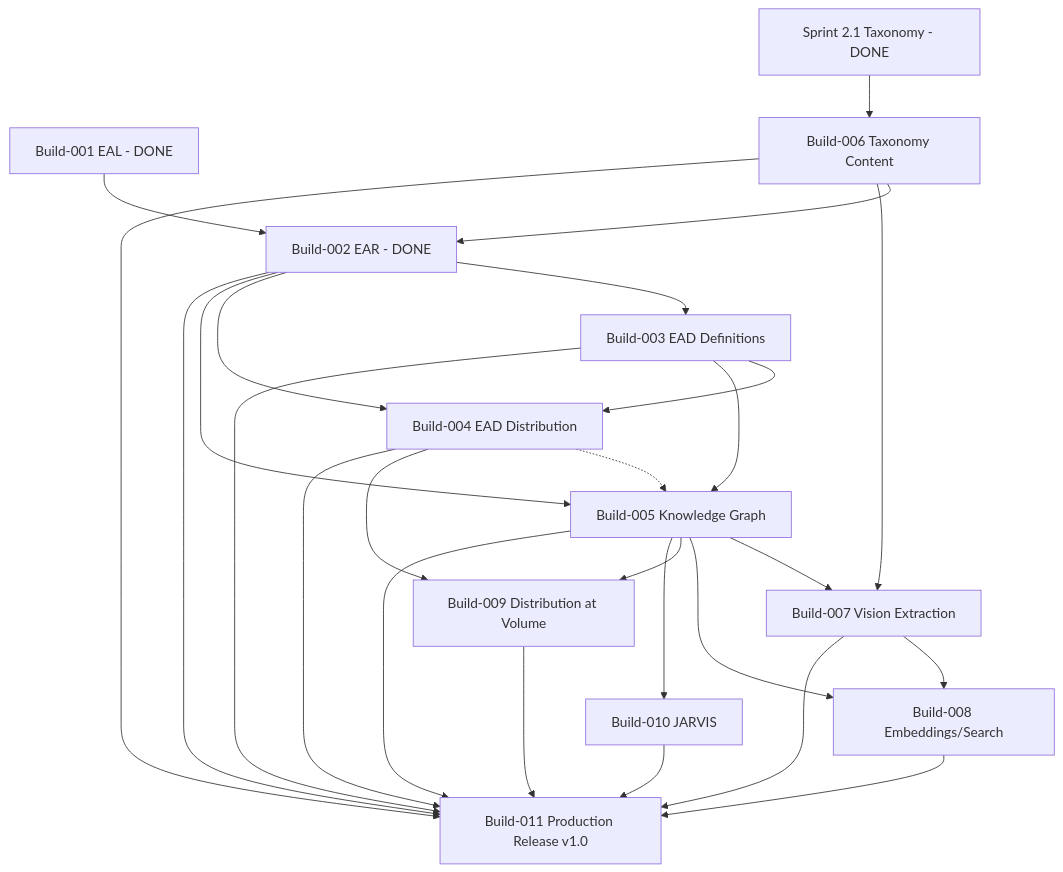
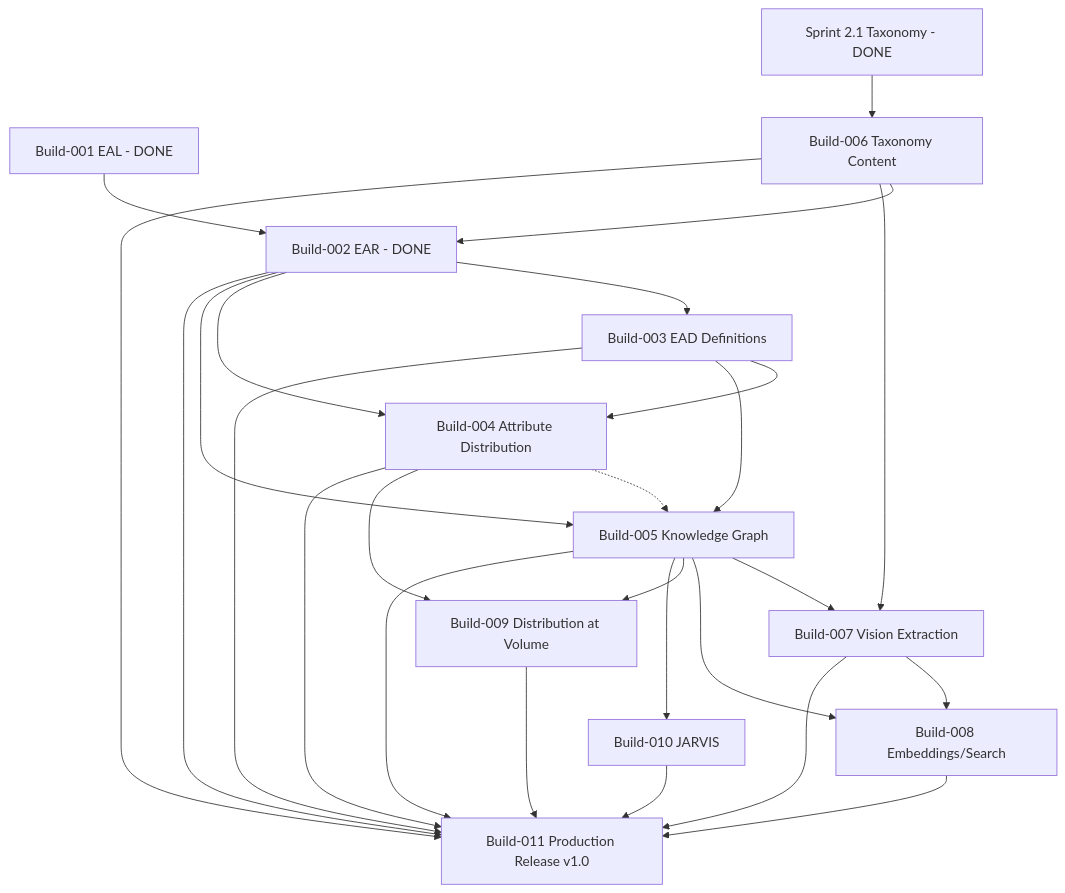
Before and after one commit to lexvoraconsulting-lab/The-Baking-Kaur: the second of 4 diagrams in docs/30_Enterprise_Program_Roadmap/Enterprise_Program_Roadmap_v1.md, drawn with Mermaid. The commit also changed other lines of this file and 6 other files, not shown here.

Commit message:
docs(convention): ADR-0006 Workstream ID convention, fix Build-004 EAD-label collision

````diff
--- a/docs/30_Enterprise_Program_Roadmap/Enterprise_Program_Roadmap_v1.md
+++ b/docs/30_Enterprise_Program_Roadmap/Enterprise_Program_Roadmap_v1.md
@@ -464,28 +464,28 @@
 ```mermaid
 graph TD
     B001[Build-001 EAL - DONE] --> B002[Build-002 EAR - DONE]
     B002 --> B003[Build-003 EAD Definitions]
-    B002 --> B004[Build-004 EAD Distribution]
+    B002 --> B004[Build-004 Attribute Distribution]
     B003 --> B004
     B002 --> B005[Build-005 Knowledge Graph]
     B003 --> B005
     B004 -.-> B005
     S21[Sprint 2.1 Taxonomy - DONE] --> B006[Build-006 Taxonomy Content]
     B006 --> B002
     B006 --> B007[Build-007 Vision Extraction]
     B005 --> B007
     B007 --> B008[Build-008 Embeddings/Search]
     B005 --> B008
     B004 --> B009[Build-009 Distribution at Volume]
     B005 --> B009
     B005 --> B010[Build-010 JARVIS]
     B002 --> B011[Build-011 Production Release v1.0]
     B003 --> B011
     B004 --> B011
     B005 --> B011
     B006 --> B011
     B007 --> B011
     B008 --> B011
     B009 --> B011
     B010 --> B011
 ```
````
